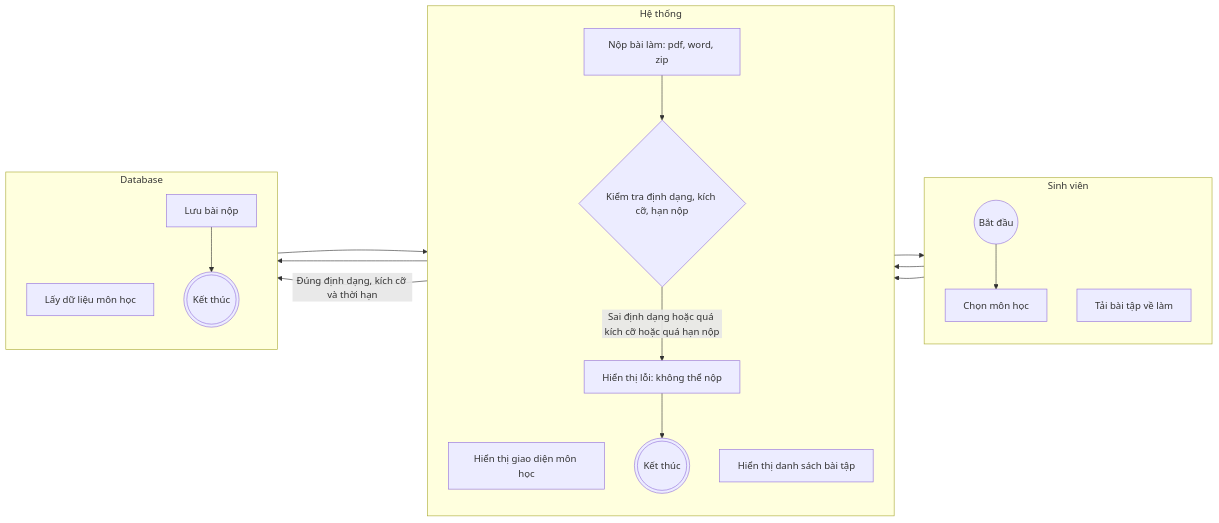
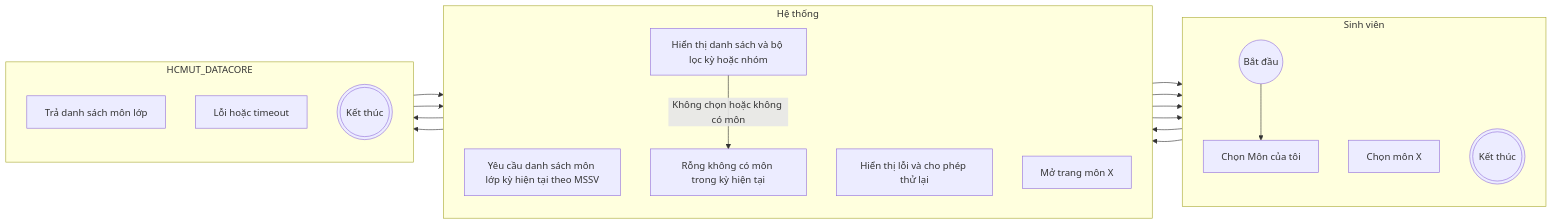
The second of 4 diagrams in CNPMb.md (bqlam18/a), drawn with Mermaid before and after one commit. The commit also changed other lines of this file, not shown here.

````diff
--- a/CNPMb.md
+++ b/CNPMb.md
@@ -3,39 +58,32 @@
 ```mermaid
 flowchart LR
-  %% Bố cục trái sang phải để mô phỏng 3 lane
-  %% Mỗi lane là 1 subgraph
-
-  subgraph SV["Sinh viên"]
+  subgraph SV2["Sinh viên"]
     direction TB
-    sv_start((Bắt đầu))
-    sv_chon[Chọn môn học]
-    sv_tai[Tải bài tập về làm]
+    sv_start2((Bắt đầu))
+    sv_open_my[Chọn Môn của tôi]
+    sv_pick_course[Chọn môn X]
+    sv_done2(((Kết thúc)))
   end
 
-  subgraph SYS["Hệ thống"]
+  subgraph SYS2["Hệ thống"]
     direction TB
-    sys_show[Hiển thị giao diện môn học]
-    sys_list[Hiển thị danh sách bài tập]
-    sys_upload[Nộp bài làm: pdf, word, zip]
-    sys_check{Kiểm tra định dạng, kích cỡ, hạn nộp}
-    sys_err[Hiển thị lỗi: không thể nộp]
-    sys_end(((Kết thúc)))
+    sys_req_enroll[Yêu cầu danh sách môn lớp kỳ hiện tại theo MSSV]
+    sys_show_courses[Hiển thị danh sách và bộ lọc kỳ hoặc nhóm]
+    sys_empty[Rỗng không có môn trong kỳ hiện tại]
+    sys_error_enroll[Hiển thị lỗi và cho phép thử lại]
+    sys_open_course[Mở trang môn X]
   end
 
-  subgraph DB["Database"]
+  subgraph DC2["HCMUT_DATACORE"]
     direction TB
-    db_fetch[Lấy dữ liệu môn học]
-    db_save[Lưu bài nộp]
-    db_end(((Kết thúc)))
+    dc_enroll_ok[Trả danh sách môn lớp]
+    dc_enroll_err[Lỗi hoặc timeout]
+    dc_end2(((Kết thúc)))
   end
 
-  %% Luồng chính
-  sv_start --> sv_chon --> sys_show
-  sys_show --> db_fetch --> sys_list
-  sys_list --> sv_tai --> sys_upload
-  sys_upload --> sys_check
+  sv_start2 --> sv_open_my --> sys_req_enroll
+  sys_req_enroll --> dc_enroll_ok --> sys_show_courses --> sv_pick_course --> sys_open_course --> sv_done2
 
-  %% Rẽ nhánh kiểm tra
-  sys_check -->|Sai định dạng hoặc quá kích cỡ hoặc quá hạn nộp| sys_err --> sys_end
-  sys_check -->|Đúng định dạng, kích cỡ và thời hạn| db_save --> db_end
+  sys_req_enroll --> dc_enroll_err --> sys_error_enroll --> sv_done2
+  sys_show_courses -->|Không chọn hoặc không có môn| sys_empty --> sv_done2
 ```
````
